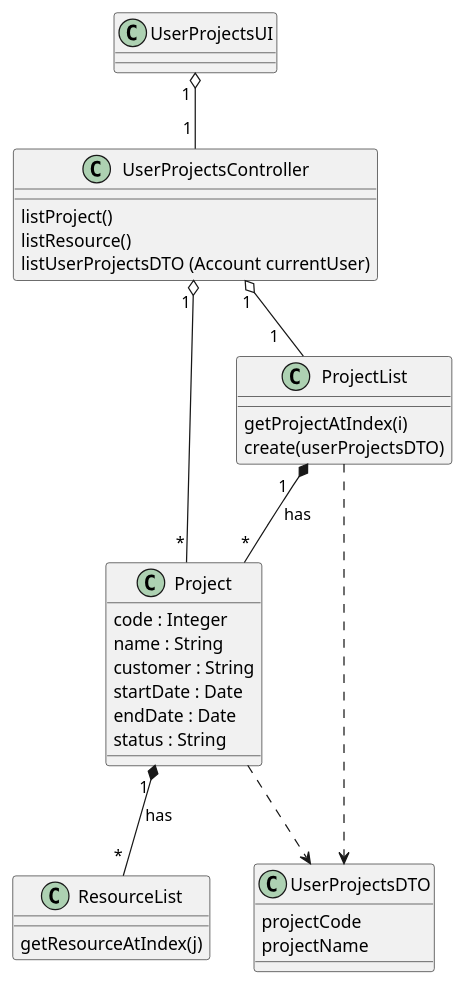
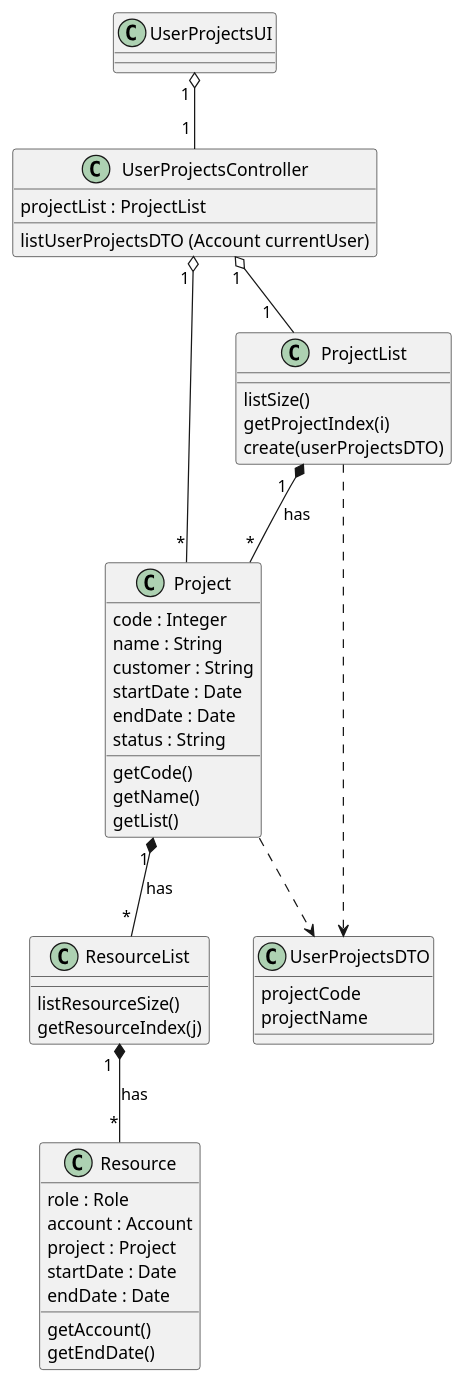
Before and after one commit to ivo-menezes/project_g3: the diagram in docs/modelling_design/user_stories/us016/US016_ListOfUserProjectsCD.puml, drawn with PlantUML.

Commit message:
US016 : Design : Updated US016_ListOfUserProjectsCD

```diff
--- a/docs/modelling_design/user_stories/us016/US016_ListOfUserProjectsCD.puml
+++ b/docs/modelling_design/user_stories/us016/US016_ListOfUserProjectsCD.puml
@@ -1,44 +1,59 @@
 @startuml
 
 class UserProjectsUI {
 }
 
 class UserProjectsController {
-'accounts: List<Account>
-listProject()
-listResource()
+projectList : ProjectList
 listUserProjectsDTO (Account currentUser)
 }
 
 class Project {
 code : Integer
 name : String
 customer : String
 startDate : Date
 endDate : Date
 status : String
+getCode()
+getName()
+getList()
 }
 
 class ProjectList {
-getProjectAtIndex(i)
+listSize()
+getProjectIndex(i)
 create(userProjectsDTO)
 }
 
 class UserProjectsDTO{
 projectCode
 projectName
 }
 
 class ResourceList {
-getResourceAtIndex(j)
+listResourceSize()
+getResourceIndex(j)
+}
+
+class Resource {
+role : Role
+account : Account
+project : Project
+startDate : Date
+endDate : Date
+getAccount()
+getEndDate()
 }
 
 ProjectList "                                          1" *-- "*" Project : has
 UserProjectsUI "       1" o-- "           1" UserProjectsController
 UserProjectsController "1" o-- "                                                 1" ProjectList
 ProjectList ..> UserProjectsDTO
 Project ..> UserProjectsDTO
 UserProjectsController "           1" o-- "               *" Project
 Project "                     1" *-- "     *" ResourceList : has
+ResourceList "                     1" *-- "     *" Resource : has
+
 
 @enduml
```
